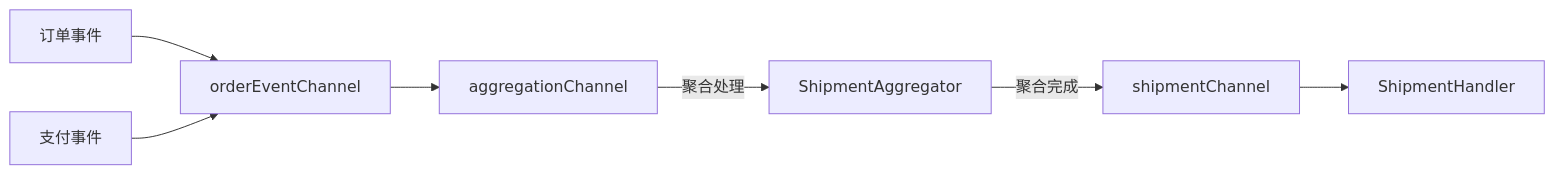
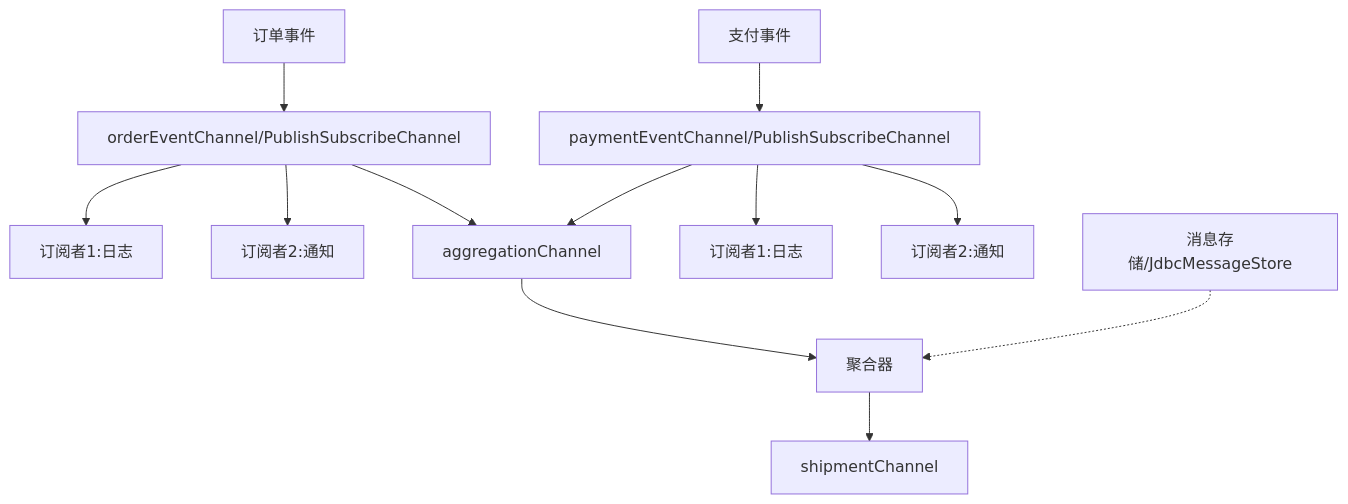
One commit to wubuku/FreshFruitAndVegetableTraceability changed the diagram in docs/Spring_Events_and_Spring_Integration.md. Above: the diagram before and after it, drawn with Mermaid. The commit also changed other lines of this file, not shown here.

````diff
--- a/docs/Spring_Events_and_Spring_Integration.md
+++ b/docs/Spring_Events_and_Spring_Integration.md
@@ -2166,9 +2192,18 @@
 ```mermaid
-graph LR
-    OE[订单事件] --> OC[orderEventChannel]
-    PE[支付事件] --> OC
+graph TD
+    OE[订单事件] --> OC[orderEventChannel/PublishSubscribeChannel]
+    PE[支付事件] --> PC[paymentEventChannel/PublishSubscribeChannel]
+    
+    OC --> S1[订阅者1:日志]
+    OC --> S2[订阅者2:通知]
     OC --> AC[aggregationChannel]
-    AC --> |聚合处理| AGG[ShipmentAggregator]
-    AGG --> |聚合完成| SC[shipmentChannel]
-    SC --> H[ShipmentHandler]
+    
+    PC --> S3[订阅者1:日志]
+    PC --> S4[订阅者2:通知]
+    PC --> AC
+    
+    AC --> AGG[聚合器]
+    AGG --> SC[shipmentChannel]
+    
+    MS[消息存储/JdbcMessageStore] -.-> AGG
 ```
````
